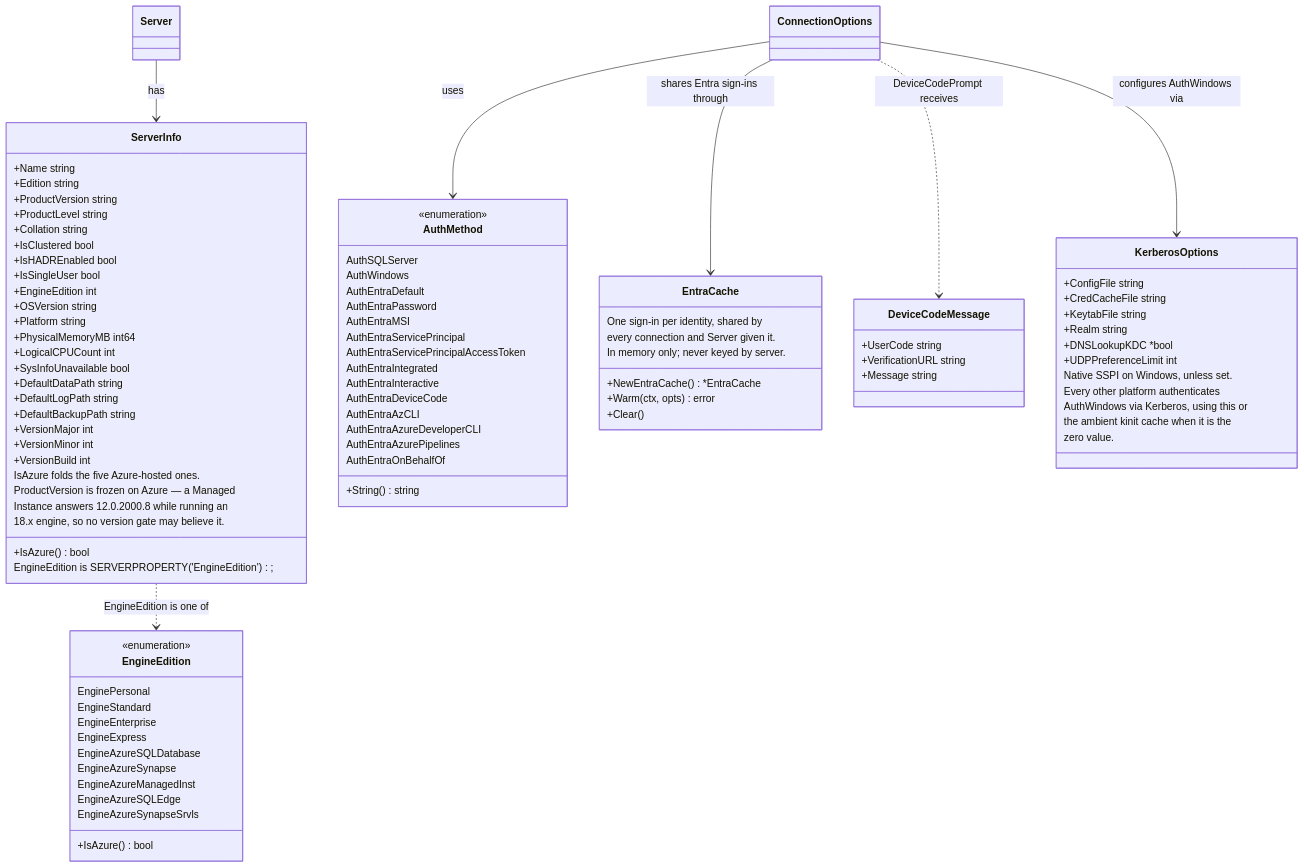
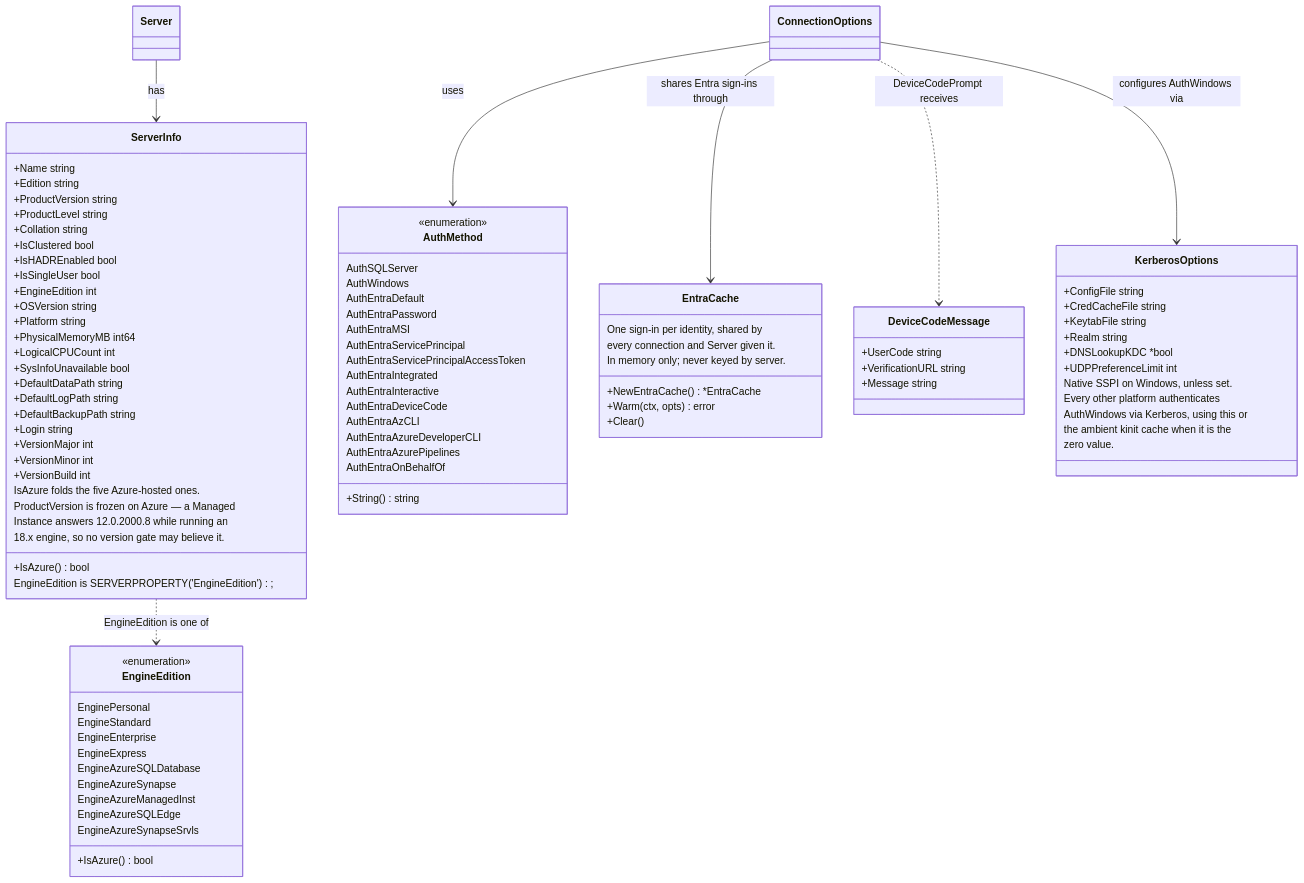
The diagram in diagram/03-server-info-and-authentication.mmd (radix29/gosmo), drawn with Mermaid before and after one commit. The commit also changed 79 other files, not shown here.

```diff
--- a/diagram/03-server-info-and-authentication.mmd
+++ b/diagram/03-server-info-and-authentication.mmd
@@ -1,110 +1,111 @@
 classDiagram
 
     %% =========================================================
     %% Top-level entry point
     %% =========================================================
 
     class ServerInfo {
         +Name string
         +Edition string
         +ProductVersion string
         +ProductLevel string
         +Collation string
         +IsClustered bool
         +IsHADREnabled bool
         +IsSingleUser bool
         +EngineEdition int
         +OSVersion string
         +Platform string
         +PhysicalMemoryMB int64
         +LogicalCPUCount int
         +SysInfoUnavailable bool
         +DefaultDataPath string
         +DefaultLogPath string
         +DefaultBackupPath string
+        +Login string
         +VersionMajor int
         +VersionMinor int
         +VersionBuild int
         +IsAzure() bool
         EngineEdition is SERVERPROPERTY('EngineEdition');
         IsAzure folds the five Azure-hosted ones.
         ProductVersion is frozen on Azure — a Managed
         Instance answers 12.0.2000.8 while running an
         18.x engine, so no version gate may believe it.
     }
 
     class EngineEdition {
         <<enumeration>>
         EnginePersonal
         EngineStandard
         EngineEnterprise
         EngineExpress
         EngineAzureSQLDatabase
         EngineAzureSynapse
         EngineAzureManagedInst
         EngineAzureSQLEdge
         EngineAzureSynapseSrvls
         +IsAzure() bool
     }
 
     %% =========================================================
     %% Authentication
     %% =========================================================
 
     class AuthMethod {
         <<enumeration>>
         AuthSQLServer
         AuthWindows
         AuthEntraDefault
         AuthEntraPassword
         AuthEntraMSI
         AuthEntraServicePrincipal
         AuthEntraServicePrincipalAccessToken
         AuthEntraIntegrated
         AuthEntraInteractive
         AuthEntraDeviceCode
         AuthEntraAzCLI
         AuthEntraAzureDeveloperCLI
         AuthEntraAzurePipelines
         AuthEntraOnBehalfOf
         +String() string
     }
 
     class EntraCache {
         +NewEntraCache() *EntraCache
         +Warm(ctx, opts) error
         +Clear()
         One sign-in per identity, shared by
         every connection and Server given it.
         In memory only; never keyed by server.
     }
 
     class DeviceCodeMessage {
         +UserCode string
         +VerificationURL string
         +Message string
     }
 
     class KerberosOptions {
         +ConfigFile string
         +CredCacheFile string
         +KeytabFile string
         +Realm string
         +DNSLookupKDC *bool
         +UDPPreferenceLimit int
         Native SSPI on Windows, unless set.
         Every other platform authenticates
         AuthWindows via Kerberos, using this or
         the ambient kinit cache when it is the
         zero value.
     }
 
     %% =========================================================
     %% Relationships
     %% =========================================================
     ConnectionOptions --> AuthMethod : uses
     ConnectionOptions --> KerberosOptions : configures AuthWindows via
     ConnectionOptions --> EntraCache : shares Entra sign-ins through
     ConnectionOptions ..> DeviceCodeMessage : DeviceCodePrompt receives
     Server --> ServerInfo : has
     ServerInfo ..> EngineEdition : EngineEdition is one of
```
